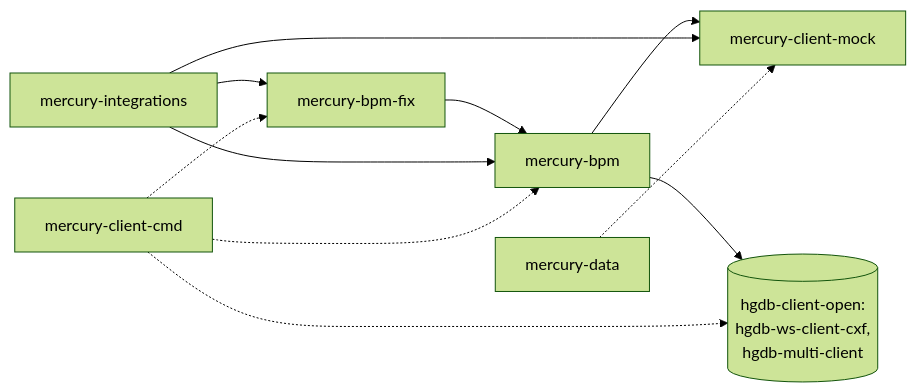
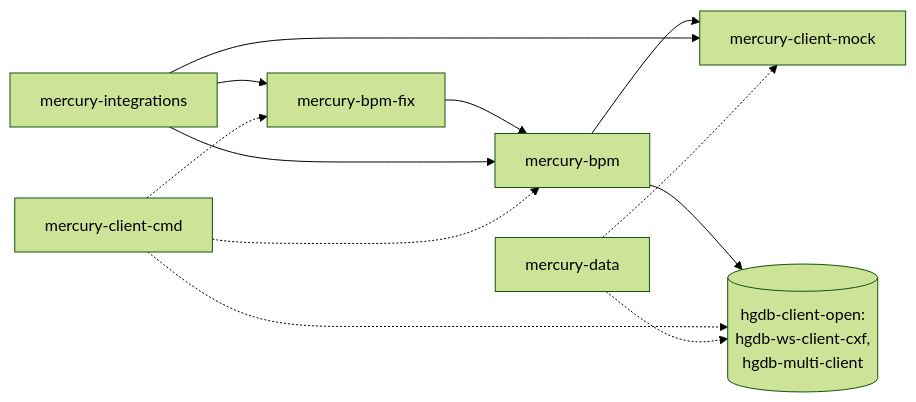
One commit to slawascichy/mercury-intelliJ-workspace changed the diagram in docs/moduly/mercury-client.md. Above: the diagram before and after it, drawn with Mermaid (forest theme). The commit also changed other lines of this file and 4 other files, not shown here.

````diff
--- a/docs/moduly/mercury-client.md
+++ b/docs/moduly/mercury-client.md
@@ -31,15 +34,16 @@
 ```mermaid
 flowchart LR
     open[(hgdb-client-open:<br/>hgdb-ws-client-cxf,<br/>hgdb-multi-client)]
     mock[mercury-client-mock]
     bpm[mercury-bpm] --> mock
     bpm --> open
     fix[mercury-bpm-fix] --> bpm
     integ[mercury-integrations] --> bpm
     integ --> fix
     integ --> mock
     cmd[mercury-client-cmd] -.-> bpm
     cmd -.-> fix
     cmd -.-> open
     data[mercury-data] -.-> mock
+    data -.-> open
 ```
````
